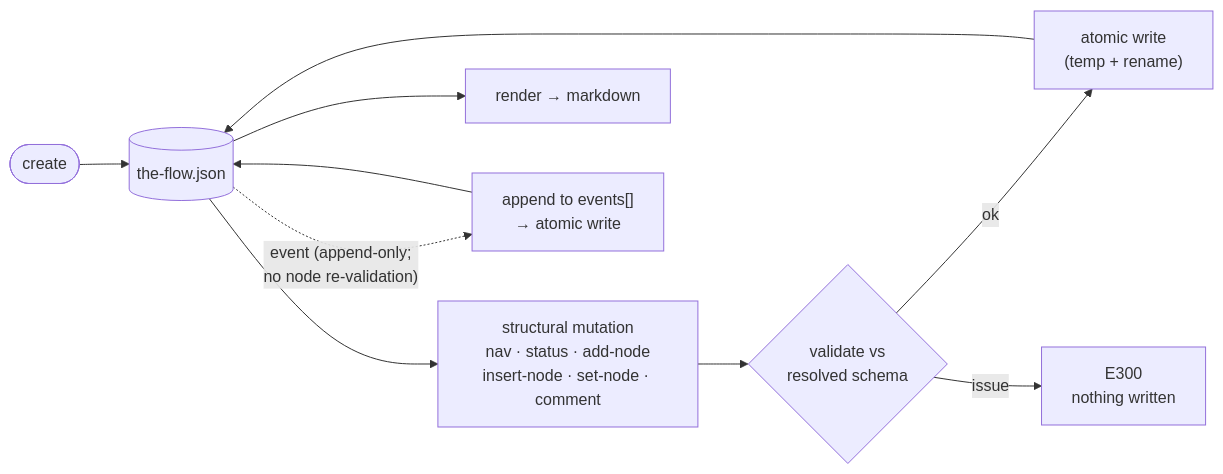
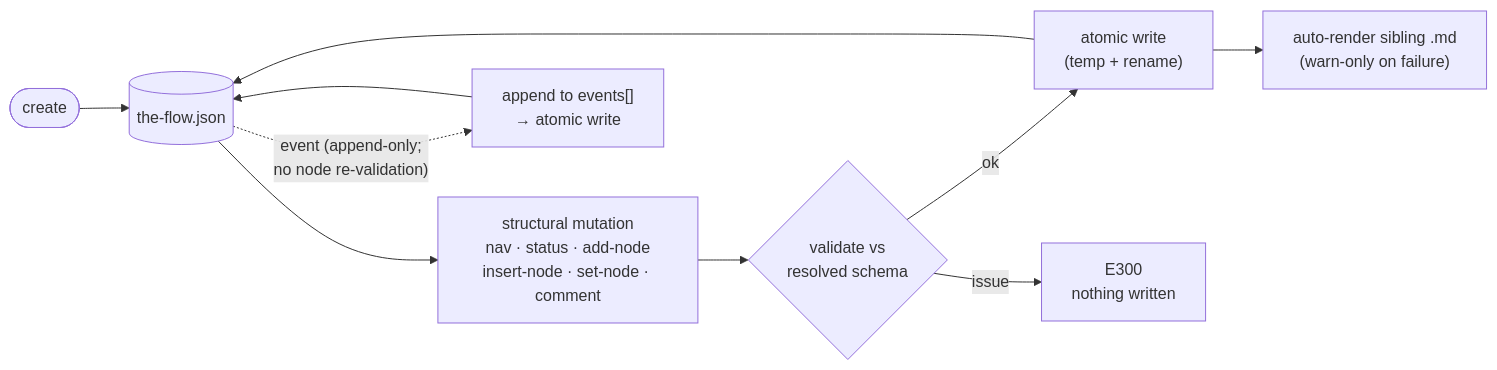
One commit to AI-Substrate/harness-engineering changed the second of 3 diagrams in docs/how/harness-flow.md. Above: the diagram before and after it, drawn with Mermaid. The commit also changed other lines of this file and 18 other files, not shown here.

First line of the commit message:
fix(057): FX001 flow friction batch — auto-render on mutate, doctor --quiet, root vitest scope, check:docs verdicts, link + doc hygiene

````diff
--- a/docs/how/harness-flow.md
+++ b/docs/how/harness-flow.md
@@ -73,12 +73,12 @@
 ```mermaid
 flowchart LR
     create(["create"]) --> doc[("the-flow.json")]
     doc --> mutate["structural mutation<br/>nav · status · add-node<br/>insert-node · set-node · comment"]
     mutate --> validate{"validate vs<br/>resolved schema"}
     validate -->|ok| write["atomic write<br/>(temp + rename)"]
     validate -->|issue| reject["E300<br/>nothing written"]
     write --> doc
-    doc --> render["render → markdown"]
+    write --> render["auto-render sibling .md<br/>(warn-only on failure)"]
     doc -. "event (append-only;<br/>no node re-validation)" .-> append["append to events[]<br/>→ atomic write"]
     append --> doc
 ```
````
